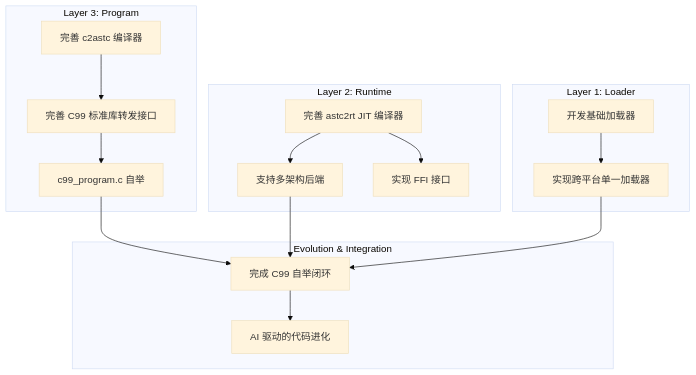
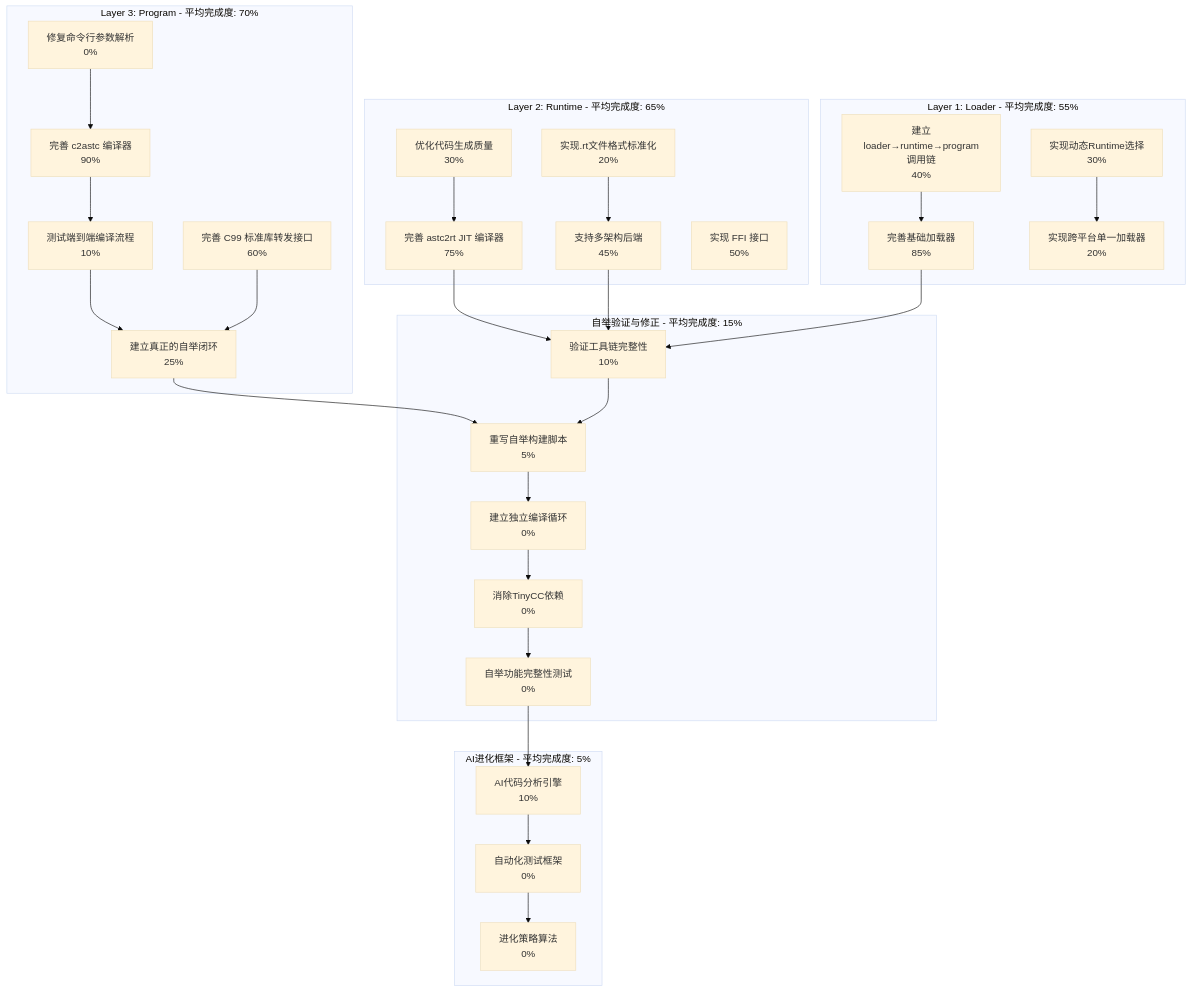
One commit to wanjochan/self-evolve-ai changed the diagram in docs/cursor.md. Above: the diagram before and after it, drawn with Mermaid (base theme). The commit also changed other lines of this file and 36 other files, not shown here.

````diff
--- a/docs/cursor.md
+++ b/docs/cursor.md
@@ -7,34 +7,59 @@
 ```mermaid
 graph TD
-    subgraph "Layer 3: Program"
-        A1[完善 c2astc 编译器]
-        A2[完善 C99 标准库转发接口]
-        A3[c99_program.c 自举]
+    subgraph "Layer 3: Program - 平均完成度: 70%"
+        A1["完善 c2astc 编译器<br/>90%"]
+        A2["完善 C99 标准库转发接口<br/>60%"]
+        A3["建立真正的自举闭环<br/>25%"]
+        A4["修复命令行参数解析<br/>0%"]
+        A5["测试端到端编译流程<br/>10%"]
     end
 
-    subgraph "Layer 2: Runtime"
-        B1[完善 astc2rt JIT 编译器]
-        B2[支持多架构后端]
-        B3[实现 FFI 接口]
+    subgraph "Layer 2: Runtime - 平均完成度: 65%"
+        B1["完善 astc2rt JIT 编译器<br/>75%"]
+        B2["支持多架构后端<br/>45%"]
+        B3["实现 FFI 接口<br/>50%"]
+        B4["优化代码生成质量<br/>30%"]
+        B5["实现.rt文件格式标准化<br/>20%"]
     end
 
-    subgraph "Layer 1: Loader"
-        C1[开发基础加载器]
-        C2[实现跨平台单一加载器]
+    subgraph "Layer 1: Loader - 平均完成度: 55%"
+        C1["完善基础加载器<br/>85%"]
+        C2["实现跨平台单一加载器<br/>20%"]
+        C3["建立loader→runtime→program调用链<br/>40%"]
+        C4["实现动态Runtime选择<br/>30%"]
     end
 
-    subgraph "Evolution & Integration"
-        D1[完成 C99 自举闭环]
-        D2[AI 驱动的代码进化]
+    subgraph "自举验证与修正 - 平均完成度: 15%"
+        D1["验证工具链完整性<br/>10%"]
+        D2["重写自举构建脚本<br/>5%"]
+        D3["建立独立编译循环<br/>0%"]
+        D4["消除TinyCC依赖<br/>0%"]
+        D5["自举功能完整性测试<br/>0%"]
     end
 
-    A1 --> A2
+    subgraph "AI进化框架 - 平均完成度: 5%"
+        E1["AI代码分析引擎<br/>10%"]
+        E2["自动化测试框架<br/>0%"]
+        E3["进化策略算法<br/>0%"]
+    end
+
+    A4 --> A1
+    A1 --> A5
+    A5 --> A3
     A2 --> A3
-    B1 --> B2
-    B1 --> B3
-    C1 --> C2
-    A3 --> D1
+    B4 --> B1
+    B5 --> B2
+    B1 --> D1
     B2 --> D1
-    C2 --> D1
+    C3 --> C1
+    C4 --> C2
+    C1 --> D1
+    A3 --> D2
     D1 --> D2
+    D2 --> D3
+    D3 --> D4
+    D4 --> D5
+    D5 --> E1
+    E1 --> E2
+    E2 --> E3
 ```
````
